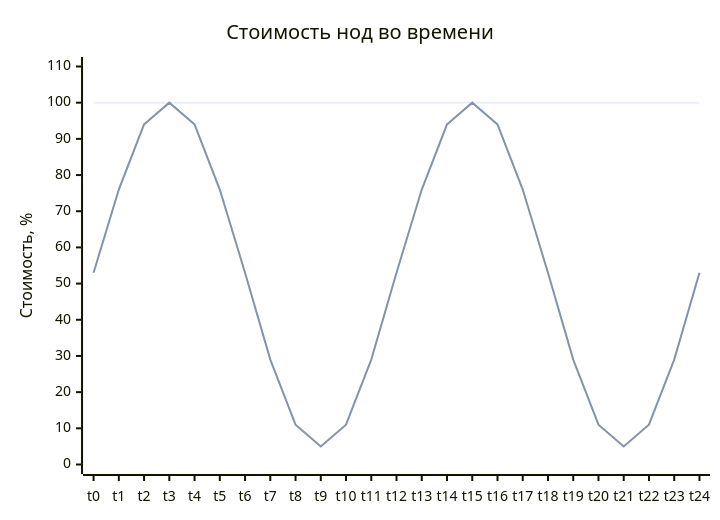
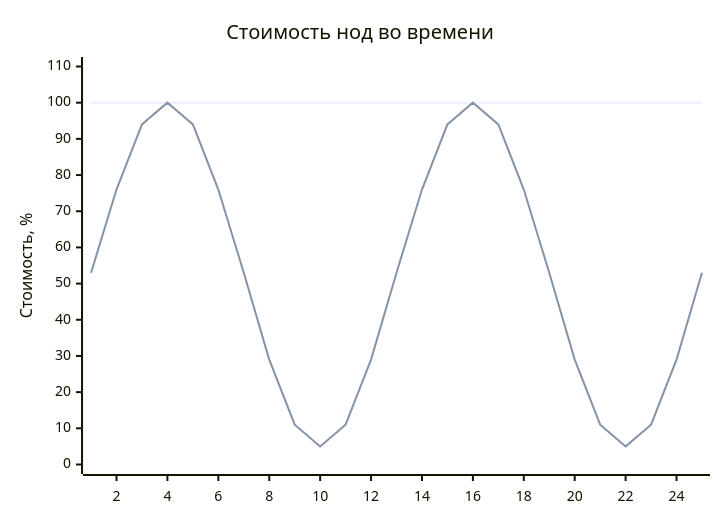
One commit to patsevanton/k8s-priority-eviction-autoscaling changed the second of 2 diagrams in README.md. Above: the diagram before and after it, drawn with Mermaid. The commit also changed other lines of this file, not shown here.

````diff
--- a/README.md
+++ b/README.md
@@ -344,8 +344,7 @@
 ```mermaid
 xychart-beta
     title "Стоимость нод во времени"
-    x-axis ["t0","t1","t2","t3","t4","t5","t6","t7","t8","t9","t10","t11","t12","t13","t14","t15","t16","t17","t18","t19","t20","t21","t22","t23","t24"]
     y-axis "Стоимость, %" 0 --> 110
     line "Статические ноды" [100,100,100,100,100,100,100,100,100,100,100,100,100,100,100,100,100,100,100,100,100,100,100,100,100]
     line "Node overprovisioning" [53,76,94,100,94,76,53,29,11,5,11,29,53,76,94,100,94,76,53,29,11,5,11,29,53]
 ```
````
